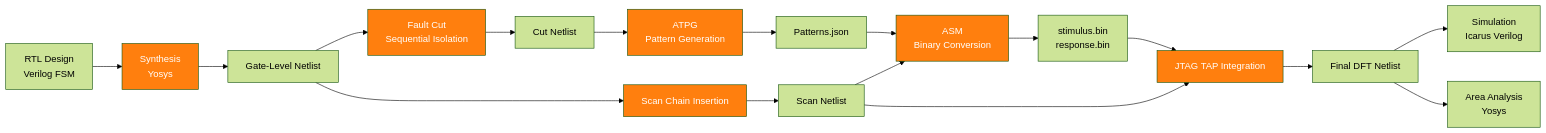
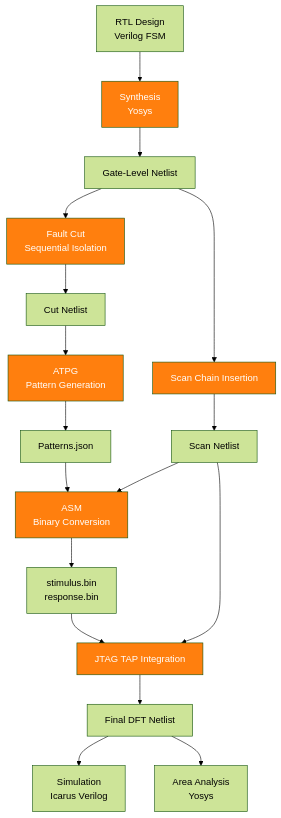
One commit to keyurd1998-sys/open-source-dft-flow changed the diagram in README.md. Above: the diagram before and after it, drawn with Mermaid (forest theme).

````diff
--- a/README.md
+++ b/README.md
@@ -33,34 +33,34 @@
 ```mermaid
-flowchart LR
+flowchart TB
 
 A[RTL Design<br/>Verilog FSM] --> B[Synthesis<br/>Yosys]
 B --> C[Gate-Level Netlist]
 
 C --> D[Fault Cut<br/>Sequential Isolation]
 D --> E[Cut Netlist]
 
 E --> F[ATPG<br/>Pattern Generation]
 F --> G[Patterns.json]
 
 G --> H[ASM<br/>Binary Conversion]
 K --> H[ASM<br/>Binary Conversion]
 H --> I[stimulus.bin<br/>response.bin]
 
 C --> J[Scan Chain Insertion]
 J --> K[Scan Netlist]
 
 K --> L[JTAG TAP Integration]
 I --> L
 
 L --> M[Final DFT Netlist]
 
 M --> N[Simulation<br/>Icarus Verilog]
 M --> O[Area Analysis<br/>Yosys]
 
 style D fill:#ff7f0e,color:#fff
 style B fill:#ff7f0e,color:#fff
 style F fill:#ff7f0e,color:#fff
 style J fill:#ff7f0e,color:#fff
 style H fill:#ff7f0e,color:#fff
 style L fill:#ff7f0e,color:#fff
 ```
````
